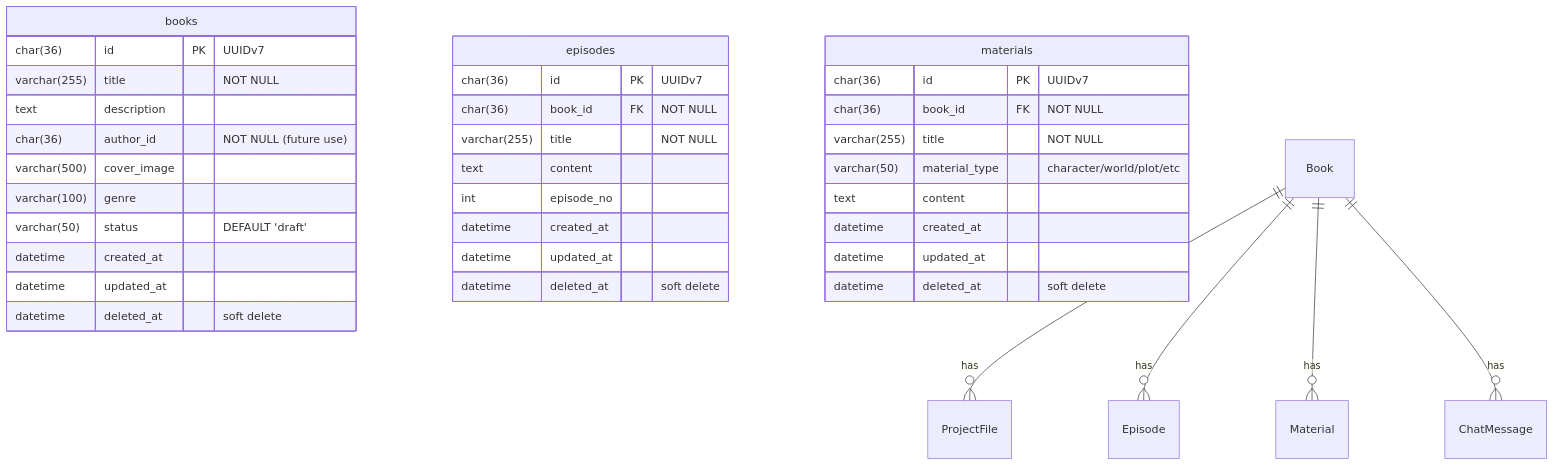
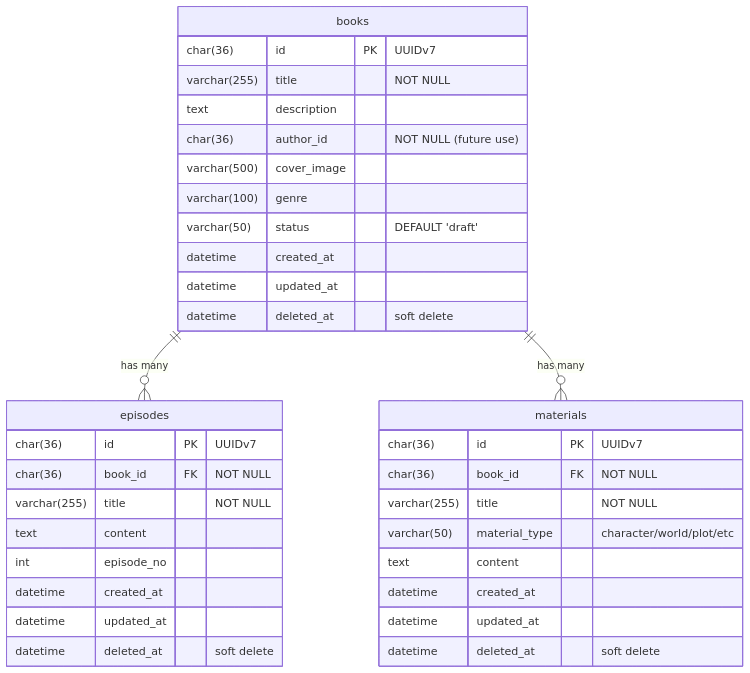
One commit to ray03j/openapi-challecara changed the diagram in er_diagram.md. Above: the diagram before and after it, drawn with Mermaid.

Commit message:
fix: booksからepisodesとmaterialsの関係

````diff
--- a/er_diagram.md
+++ b/er_diagram.md
@@ -1,44 +1,42 @@
 ```mermaid
 erDiagram
     books {
         char(36) id PK "UUIDv7"
         varchar(255) title "NOT NULL"
         text description
         char(36) author_id "NOT NULL (future use)"
         varchar(500) cover_image
         varchar(100) genre
         varchar(50) status "DEFAULT 'draft'"
         datetime created_at
         datetime updated_at
         datetime deleted_at "soft delete"
     }
 
     episodes {
         char(36) id PK "UUIDv7"
         char(36) book_id FK "NOT NULL"
         varchar(255) title "NOT NULL"
         text content
         int episode_no
         datetime created_at
         datetime updated_at
         datetime deleted_at "soft delete"
     }
 
     materials {
         char(36) id PK "UUIDv7"
         char(36) book_id FK "NOT NULL"
         varchar(255) title "NOT NULL"
         varchar(50) material_type "character/world/plot/etc"
         text content
         datetime created_at
         datetime updated_at
         datetime deleted_at "soft delete"
     }
 
 
-    Book ||--o{ ProjectFile : has
-    Book ||--o{ Episode : has
-    Book ||--o{ Material : has
-    Book ||--o{ ChatMessage : has
+    books ||--o{ episodes : "has many"
+    books ||--o{ materials : "has many"
 
 ```
````
